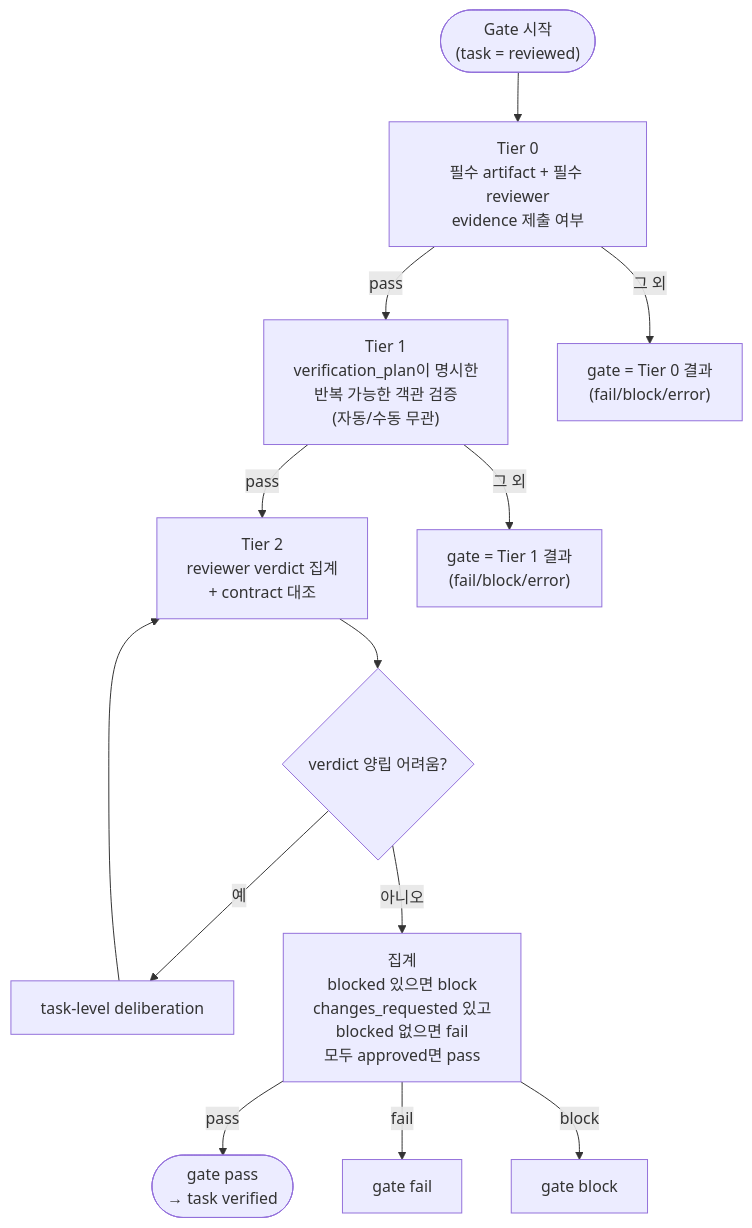
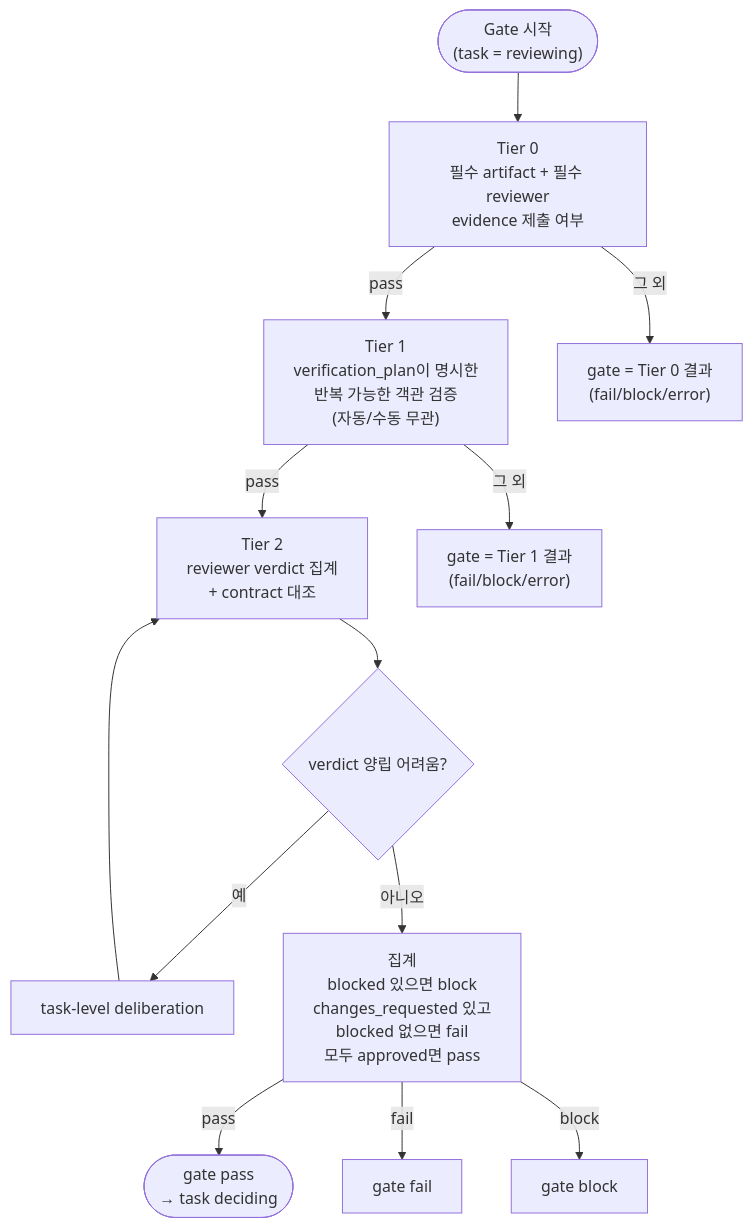
Before and after one commit to choam2426/geas: the fourth of 6 diagrams in docs/ko/DIAGRAMS.md, drawn with Mermaid. The commit also changed other lines of this file and 44 other files, not shown here.

````diff
--- a/docs/ko/DIAGRAMS.md
+++ b/docs/ko/DIAGRAMS.md
@@ -137,33 +137,33 @@
 ```mermaid
 flowchart TD
-    Start(["Gate 시작<br/>(task = reviewed)"])
+    Start(["Gate 시작<br/>(task = reviewing)"])
 
     T0["Tier 0<br/>필수 artifact + 필수 reviewer<br/>evidence 제출 여부"]
     T1["Tier 1<br/>verification_plan이 명시한<br/>반복 가능한 객관 검증<br/>(자동/수동 무관)"]
     T2["Tier 2<br/>reviewer verdict 집계<br/>+ contract 대조"]
 
     Out0["gate = Tier 0 결과<br/>(fail/block/error)"]
     Out1["gate = Tier 1 결과<br/>(fail/block/error)"]
-    OutPass(["gate pass<br/>→ task verified"])
+    OutPass(["gate pass<br/>→ task deciding"])
     OutFail["gate fail"]
     OutBlock["gate block"]
 
     Delib{"verdict 양립 어려움?"}
     DelibRun["task-level deliberation"]
 
     Start --> T0
     T0 -->|pass| T1
     T0 -->|그 외| Out0
 
     T1 -->|pass| T2
     T1 -->|그 외| Out1
 
     T2 --> Delib
     Delib -->|예| DelibRun
     DelibRun --> T2
     Delib -->|아니오| Agg["집계<br/>blocked 있으면 block<br/>changes_requested 있고<br/>blocked 없으면 fail<br/>모두 approved면 pass"]
 
     Agg -->|pass| OutPass
     Agg -->|fail| OutFail
     Agg -->|block| OutBlock
 ```
````
